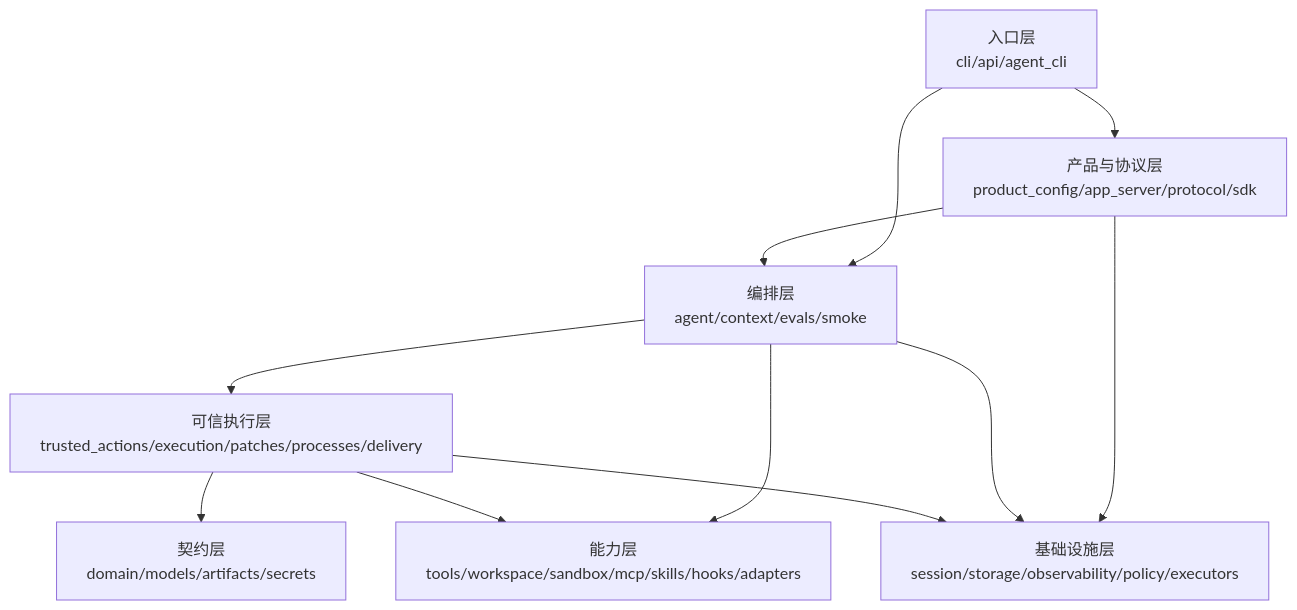
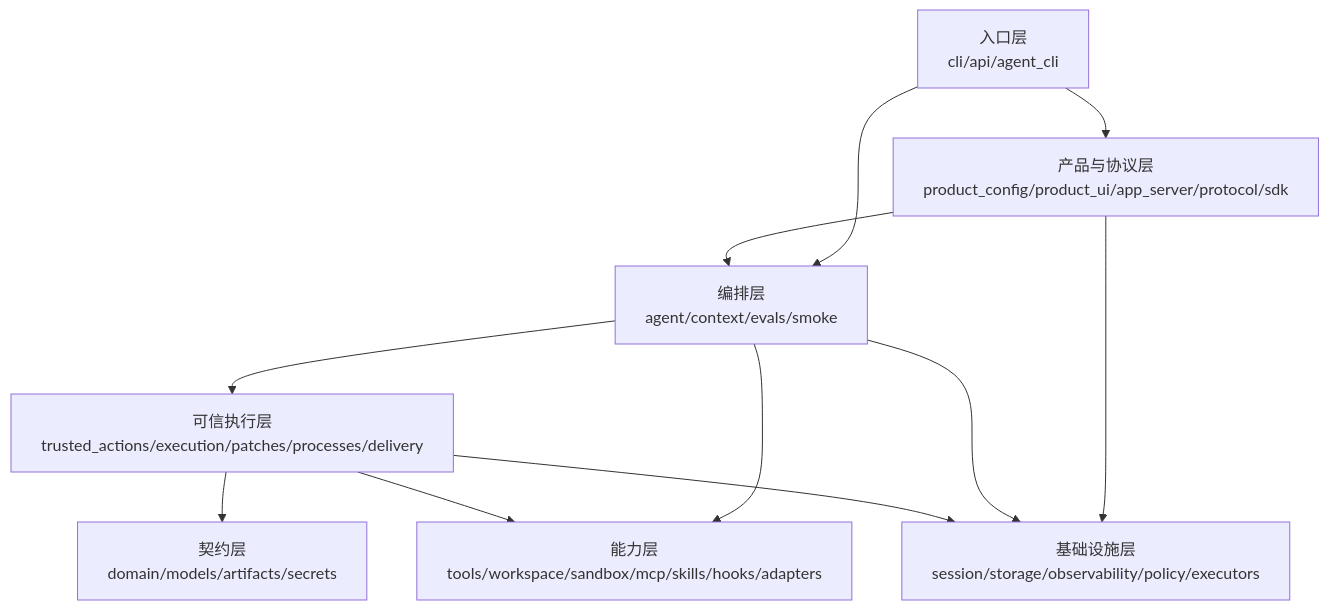
One commit to carrie1988/Harnessix changed the fourth of 13 diagrams in docs/architecture.md. Above: the diagram before and after it, drawn with Mermaid. The commit also changed other lines of this file and 28 other files, not shown here.

````diff
--- a/docs/architecture.md
+++ b/docs/architecture.md
@@ -277,21 +283,21 @@
 ```mermaid
 flowchart TD
     Entry[入口层<br/>cli/api/agent_cli]
-    Product[产品与协议层<br/>product_config/app_server/protocol/sdk]
+    Product[产品与协议层<br/>product_config/product_ui/app_server/protocol/sdk]
     Orchestration[编排层<br/>agent/context/evals/smoke]
     Trust[可信执行层<br/>trusted_actions/execution/patches/processes/delivery]
     Capability[能力层<br/>tools/workspace/sandbox/mcp/skills/hooks/adapters]
     Domain[契约层<br/>domain/models/artifacts/secrets]
     Infra[基础设施层<br/>session/storage/observability/policy/executors]
 
     Entry --> Product
     Entry --> Orchestration
     Product --> Orchestration
     Orchestration --> Trust
     Orchestration --> Capability
     Trust --> Capability
     Trust --> Domain
     Product --> Infra
     Orchestration --> Infra
     Trust --> Infra
 ```
````
